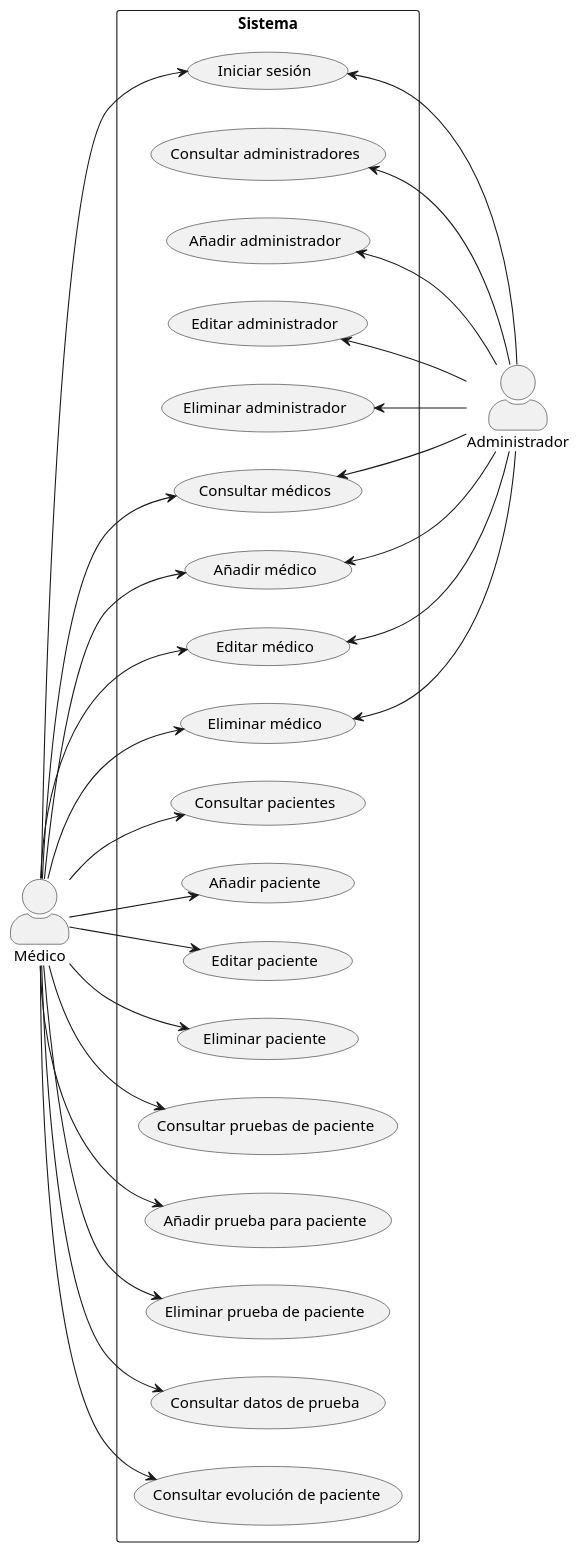
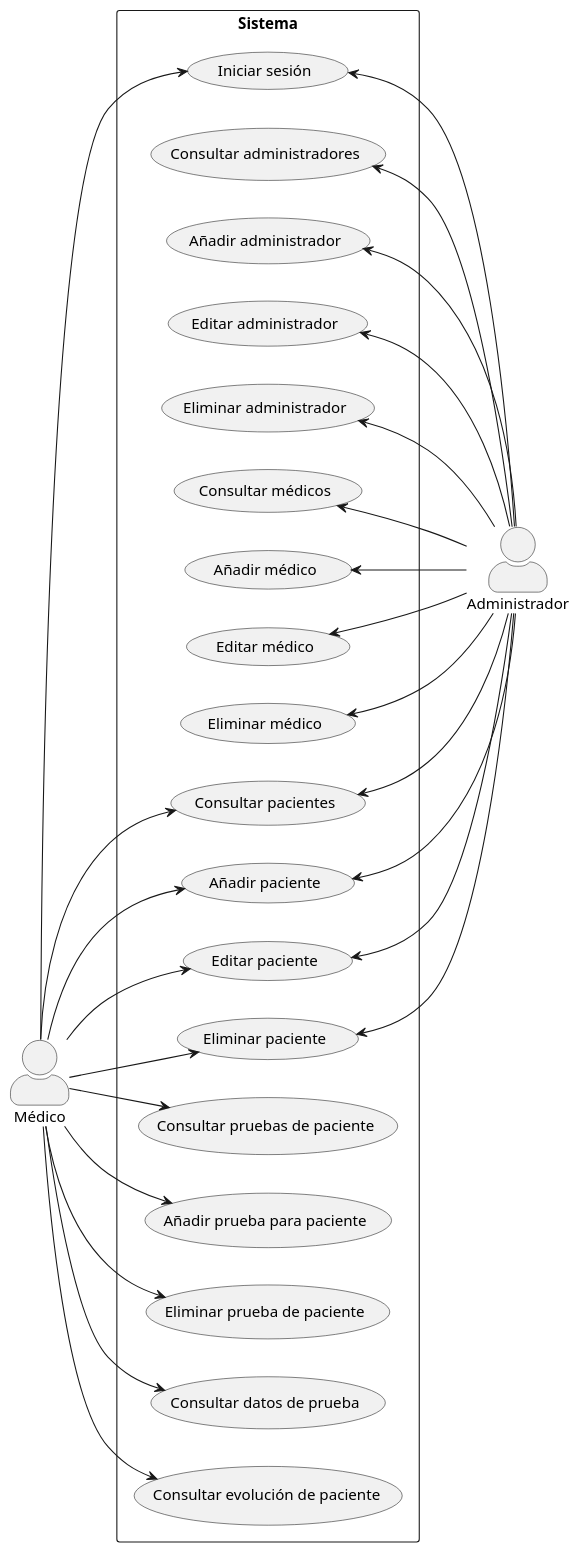
The first of 2 diagrams in templateAPP/input/chapters/04_resultado.md (TFG-SGM/memoria), drawn with PlantUML before and after one commit. The commit also changed other lines of this file and 37 other files, not shown here.

````diff
--- a/templateAPP/input/chapters/04_resultado.md
+++ b/templateAPP/input/chapters/04_resultado.md
@@ -11,51 +11,51 @@
 ```{.plantuml #capitulo4:diagrama-casos-uso caption="Diagrama de casos de uso" frame=single}
 @startuml
 skinparam actorStyle awesome
 left to right direction
 rectangle Sistema {
 	usecase (Iniciar sesión)
 	usecase (Consultar administradores)
 	usecase (Añadir administrador)
 	usecase (Editar administrador)
 	usecase (Eliminar administrador)
 	usecase (Consultar médicos)
 	usecase (Añadir médico)
 	usecase (Editar médico)
 	usecase (Eliminar médico)
 	usecase (Consultar pacientes)
 	usecase (Añadir paciente)
 	usecase (Editar paciente)
 	usecase (Eliminar paciente)
 	usecase (Consultar pruebas de paciente)
 	usecase (Añadir prueba para paciente)
 	usecase (Eliminar prueba de paciente)
 	usecase (Consultar datos de prueba)
 	usecase (Consultar evolución de paciente)
 }
 
 Médico --> (Iniciar sesión)
-Médico --> (Consultar médicos)
-Médico --> (Añadir médico)
-Médico --> (Editar médico)
-Médico --> (Eliminar médico)
 Médico --> (Consultar pacientes)
 Médico --> (Añadir paciente)
 Médico --> (Editar paciente)
 Médico --> (Eliminar paciente)
 Médico --> (Consultar pruebas de paciente)
 Médico --> (Añadir prueba para paciente)
 Médico --> (Eliminar prueba de paciente)
 Médico --> (Consultar datos de prueba)
 Médico --> (Consultar evolución de paciente)
 
 (Iniciar sesión) <-- Administrador
 (Consultar administradores) <-- Administrador
 (Añadir administrador) <-- Administrador
 (Editar administrador) <-- Administrador
 (Eliminar administrador) <-- Administrador
 (Consultar médicos) <-- Administrador
 (Añadir médico) <-- Administrador
 (Editar médico) <-- Administrador
 (Eliminar médico) <-- Administrador
+(Consultar pacientes) <-- Administrador
+(Añadir paciente) <-- Administrador
+(Editar paciente) <-- Administrador
+(Eliminar paciente) <-- Administrador
 @enduml
 ```
````
